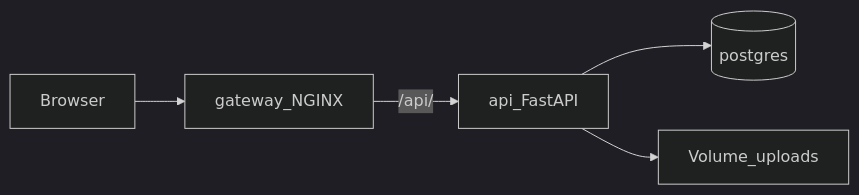
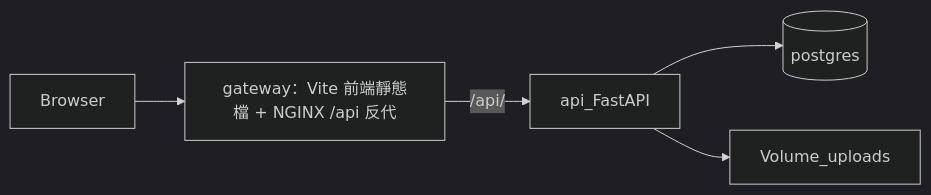
One commit to rayfong61/cales-breathe-v2 changed the diagram in docs/DOCKER_DEVELOPMENT_PLAN.md. Above: the diagram before and after it, drawn with Mermaid (dark theme). The commit also changed other lines of this file and 6 other files, not shown here.

````diff
--- a/docs/DOCKER_DEVELOPMENT_PLAN.md
+++ b/docs/DOCKER_DEVELOPMENT_PLAN.md
@@ -19,12 +19,12 @@
 ```mermaid
 flowchart LR
   browser[Browser]
-  gateway[gateway_NGINX]
+  gateway["gateway：Vite 前端靜態檔 + NGINX /api 反代"]
   api[api_FastAPI]
   pg[(postgres)]
   vol[Volume_uploads]
   browser --> gateway
   gateway -->|"/api/"| api
   api --> pg
   api --> vol
 ```
````
